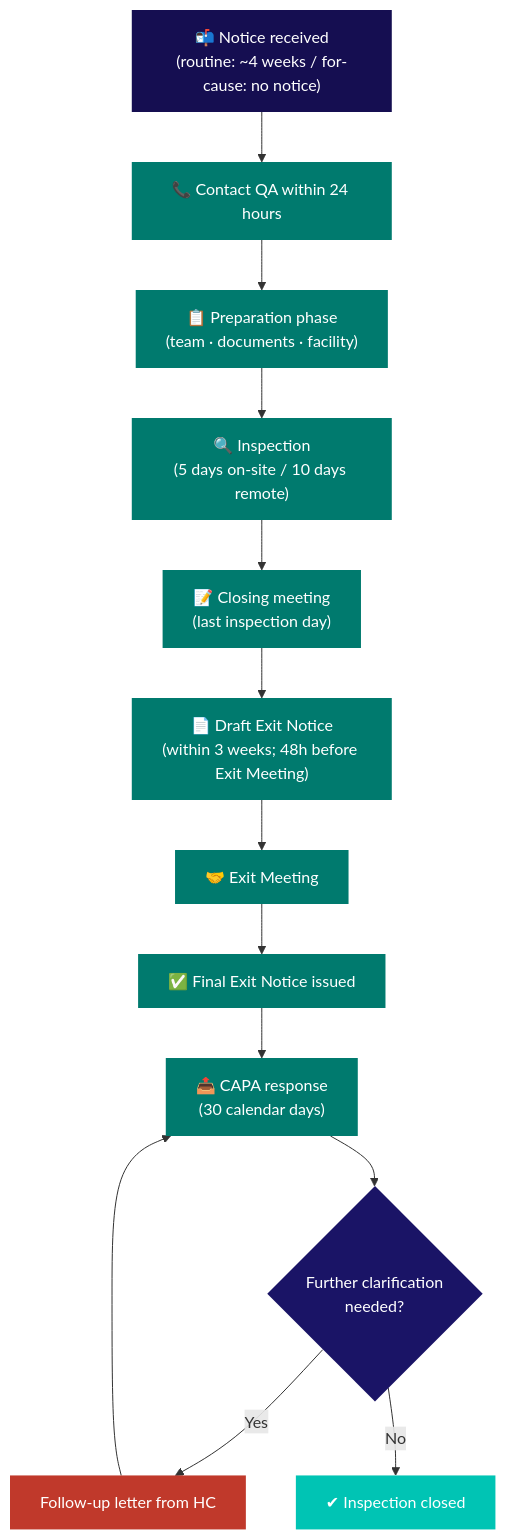
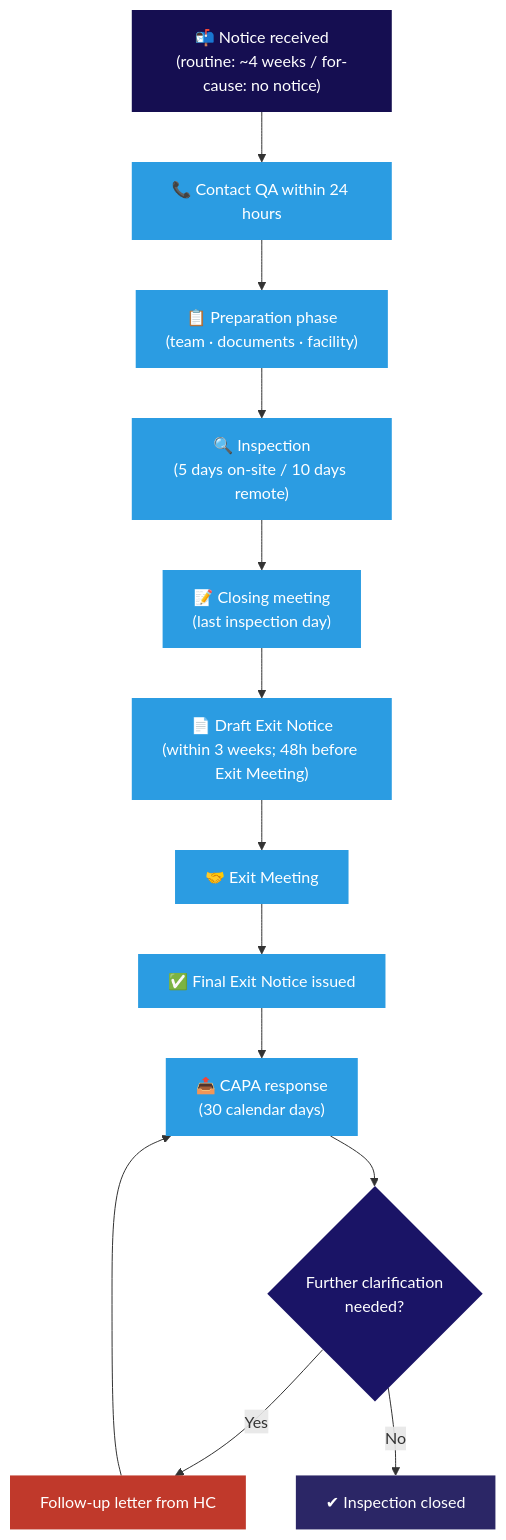
One commit to matthewfiorentino/docs changed the diagram in kb/hc-inspection-guide.mdx. Above: the diagram before and after it, drawn with Mermaid. The commit also changed 36 other files, not shown here.

````diff
--- a/kb/hc-inspection-guide.mdx
+++ b/kb/hc-inspection-guide.mdx
@@ -79,29 +79,29 @@
 ```mermaid
 flowchart TD
     A["📬 Notice received\n(routine: ~4 weeks / for-cause: no notice)"]
     --> B["📞 Contact QA within 24 hours"]
     --> C["📋 Preparation phase\n(team · documents · facility)"]
     --> D["🔍 Inspection\n(5 days on-site / 10 days remote)"]
     --> E["📝 Closing meeting\n(last inspection day)"]
     --> F["📄 Draft Exit Notice\n(within 3 weeks; 48h before Exit Meeting)"]
     --> G["🤝 Exit Meeting"]
     --> H["✅ Final Exit Notice issued"]
     --> I["📤 CAPA response\n(30 calendar days)"]
     --> J{"Further clarification\nneeded?"}
     J -- Yes --> K["Follow-up letter from HC"]
     K --> I
     J -- No --> L["✔ Inspection closed"]
 
     style A fill:#150e51,color:#fff,stroke:none
-    style B fill:#007a6e,color:#fff,stroke:none
-    style C fill:#007a6e,color:#fff,stroke:none
-    style D fill:#007a6e,color:#fff,stroke:none
-    style E fill:#007a6e,color:#fff,stroke:none
-    style F fill:#007a6e,color:#fff,stroke:none
-    style G fill:#007a6e,color:#fff,stroke:none
-    style H fill:#007a6e,color:#fff,stroke:none
-    style I fill:#007a6e,color:#fff,stroke:none
+    style B fill:#2b9ce2,color:#fff,stroke:none
+    style C fill:#2b9ce2,color:#fff,stroke:none
+    style D fill:#2b9ce2,color:#fff,stroke:none
+    style E fill:#2b9ce2,color:#fff,stroke:none
+    style F fill:#2b9ce2,color:#fff,stroke:none
+    style G fill:#2b9ce2,color:#fff,stroke:none
+    style H fill:#2b9ce2,color:#fff,stroke:none
+    style I fill:#2b9ce2,color:#fff,stroke:none
     style J fill:#1a1466,color:#fff,stroke:none
     style K fill:#c0392b,color:#fff,stroke:none
-    style L fill:#00c4b4,color:#fff,stroke:none
+    style L fill:#2b2666,color:#fff,stroke:none
 ```
````
